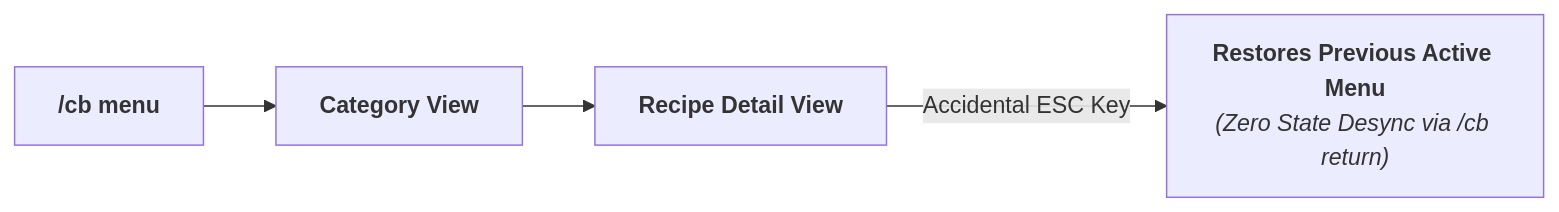
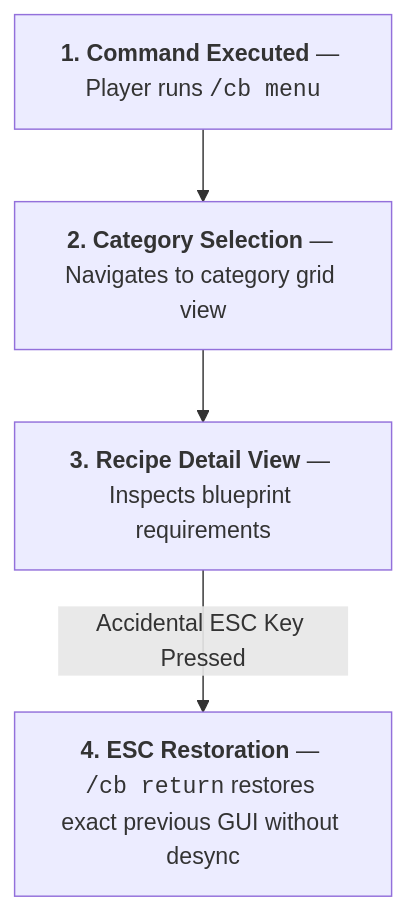
Before and after one commit to XZtotal/CraftingBlueprints-Wiki: the first of 2 diagrams in docs/mechanics/menus-and-catalog.md, drawn with Mermaid. The commit also changed other lines of this file and 31 other files, not shown here.

Commit message:
style(docs): optimize diagram proportions, center all diagrams, and fix table padding

````diff
--- a/docs/mechanics/menus-and-catalog.md
+++ b/docs/mechanics/menus-and-catalog.md
@@ -43,6 +43,7 @@
 ```mermaid
-flowchart LR
-    Cmd["<b>/cb menu</b>"] --> Cat["<b>Category View</b>"]
-    Cat --> Detail["<b>Recipe Detail View</b>"]
-    Detail -->|Accidental ESC Key| Restore["<b>Restores Previous Active Menu</b><br/><i>(Zero State Desync via /cb return)</i>"]
+flowchart TD
+    Cmd["<b>1. Command Executed</b> — Player runs <code>/cb menu</code>"]
+    --> Cat["<b>2. Category Selection</b> — Navigates to category grid view"]
+    --> Detail["<b>3. Recipe Detail View</b> — Inspects blueprint requirements"]
+    -->|Accidental ESC Key Pressed| Restore["<b>4. ESC Restoration</b> — <code>/cb return</code> restores exact previous GUI without desync"]
 ```
````
